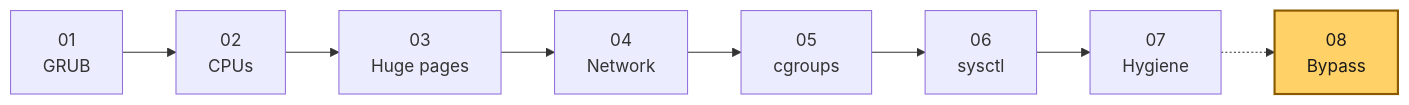
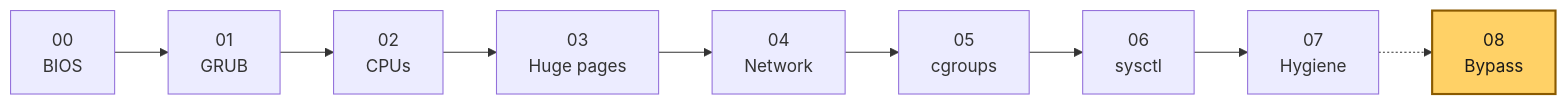
The first of 4 diagrams in guides/08-kernel-bypass.md (vitor-tadashi/mechanical-sympathy), drawn with Mermaid before and after one commit. The commit also changed other lines of this file and 61 other files, not shown here.

````diff
--- a/guides/08-kernel-bypass.md
+++ b/guides/08-kernel-bypass.md
@@ -24,7 +24,7 @@
 ```mermaid
 flowchart LR
-  g01["01<br/>GRUB"] --> g02["02<br/>CPUs"] --> g03["03<br/>Huge pages"] --> g04["04<br/>Network"]
+  g00["00<br/>BIOS"] --> g01["01<br/>GRUB"] --> g02["02<br/>CPUs"] --> g03["03<br/>Huge pages"] --> g04["04<br/>Network"]
   g04 --> g05["05<br/>cgroups"] --> g06["06<br/>sysctl"] --> g07["07<br/>Hygiene"] -.-> g08["08<br/>Bypass"]
   class g08 focus
   classDef focus fill:#ffd166,stroke:#8a5a00,color:#1a1a1a,stroke-width:2px
 ```
````
